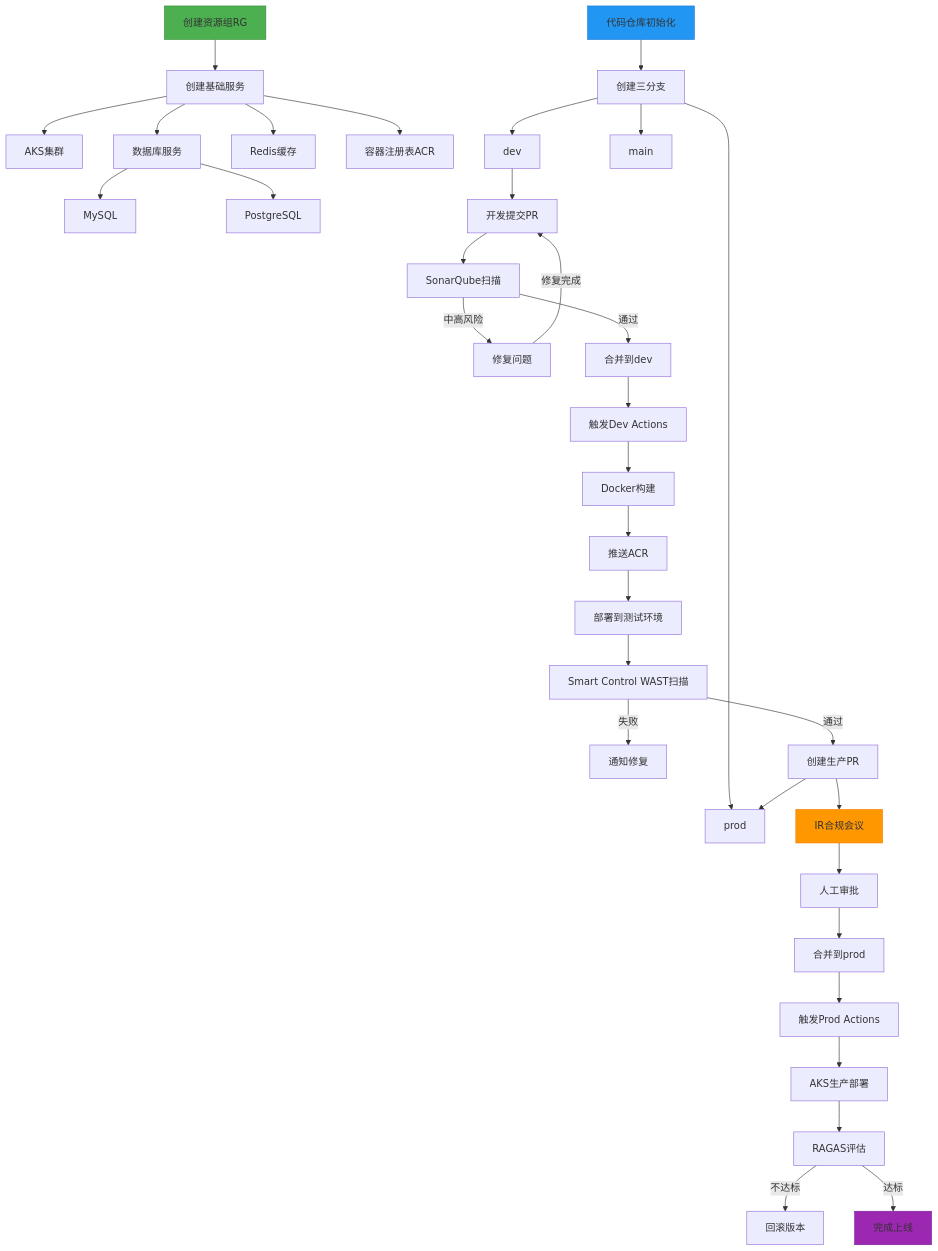
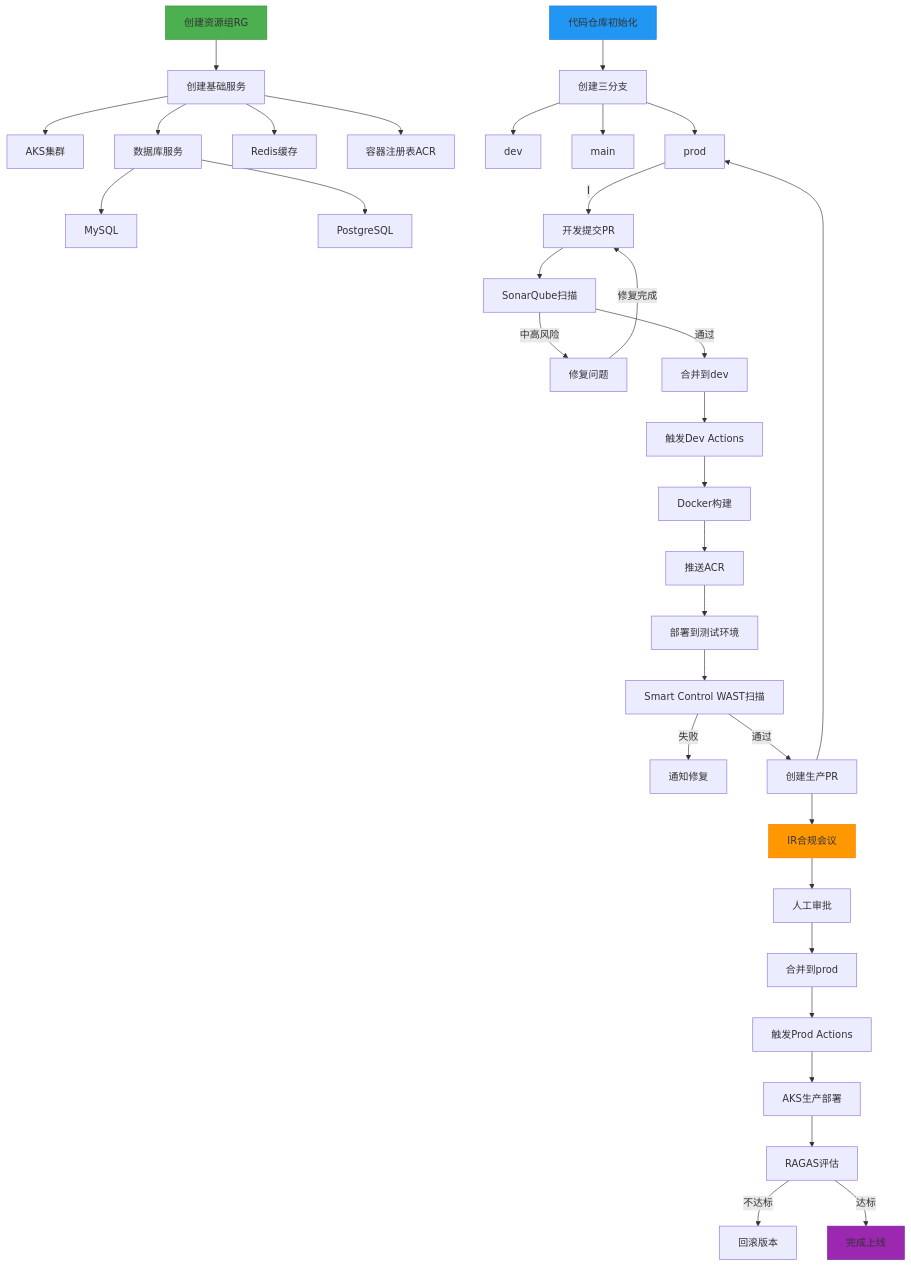
The diagram in all/未命名-1.md (funnyData/iodraw-files), drawn with Mermaid before and after one commit.

Commit message:
2025-02-27 09:05:12 update

````diff
--- a/all/未命名-1.md
+++ b/all/未命名-1.md
@@ -1,52 +1,52 @@
 ```mermaid
 graph TD
     A[创建资源组RG] --> B[创建基础服务]
     B --> C[AKS集群]
     B --> D[数据库服务]
     D --> DA[MySQL]
     D --> DB[PostgreSQL]
     B --> E[Redis缓存]
     B --> F[容器注册表ACR]
     
     G[代码仓库初始化] --> H[创建三分支]
     H --> I[dev]
     H --> J[main]
     H --> K[prod]
-    
+    --
     I --> L[开发提交PR]
     L --> M[SonarQube扫描]
     M -->|中高风险| N[修复问题]
     N -->|修复完成|L
     M -->|通过| O[合并到dev]
     
     O --> P[触发Dev Actions]
     P --> Q[Docker构建]
     Q --> R[推送ACR]
     R --> S[部署到测试环境]
     
     S --> T[Smart Control WAST扫描]
     T -->|失败| U[通知修复]
 
     
     T -->|通过| V[创建生产PR]
     V --> K
     
     V --> W[IR合规会议]
     W --> X[人工审批]
     X --> Y[合并到prod]
     
     Y --> Z[触发Prod Actions]
     Z --> AC[AKS生产部署]
     %% Z --> AA[安全扫描]
     %% AA -->|高风险| AB[终止部署]
     %% AA -->|通过| AC[AKS生产部署]
     
     AC --> AD[RAGAS评估]
     AD -->|不达标| AE[回滚版本]
     AD -->|达标| AF[完成上线]
     
     style A fill:#4CAF50,stroke:#388E3C
     style G fill:#2196F3,stroke:#1976D2
     style W fill:#FF9800,stroke:#F57C00
     style AF fill:#9C27B0,stroke:#7B1FA2
 ```
````
